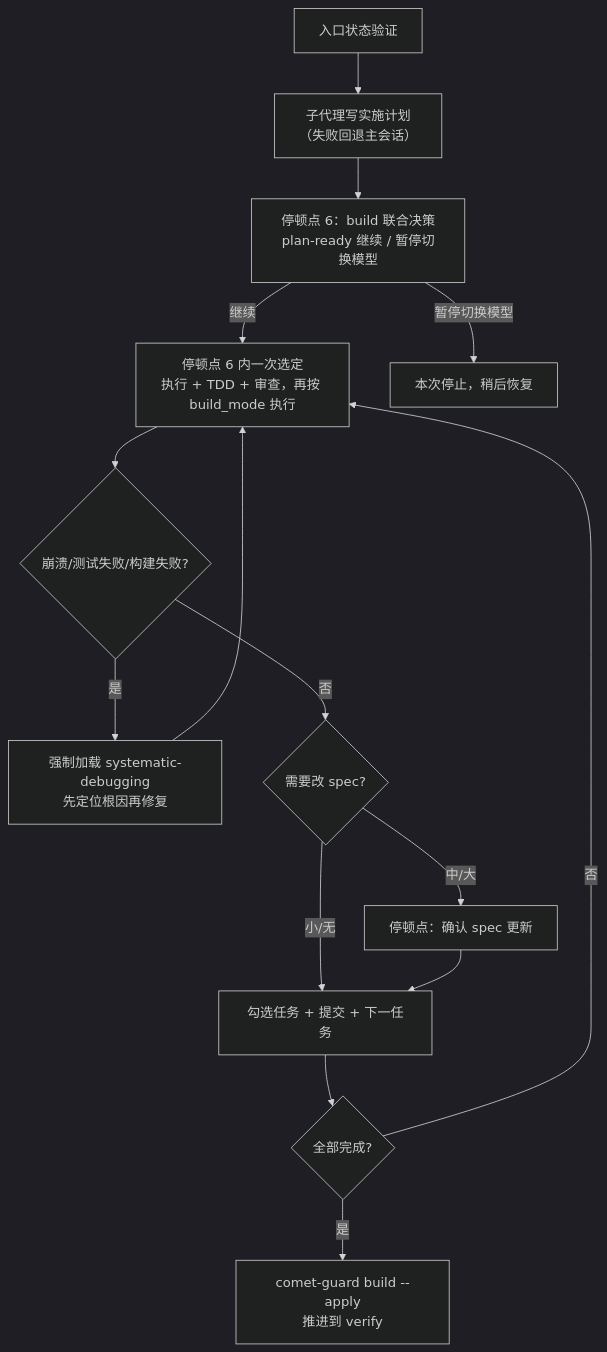
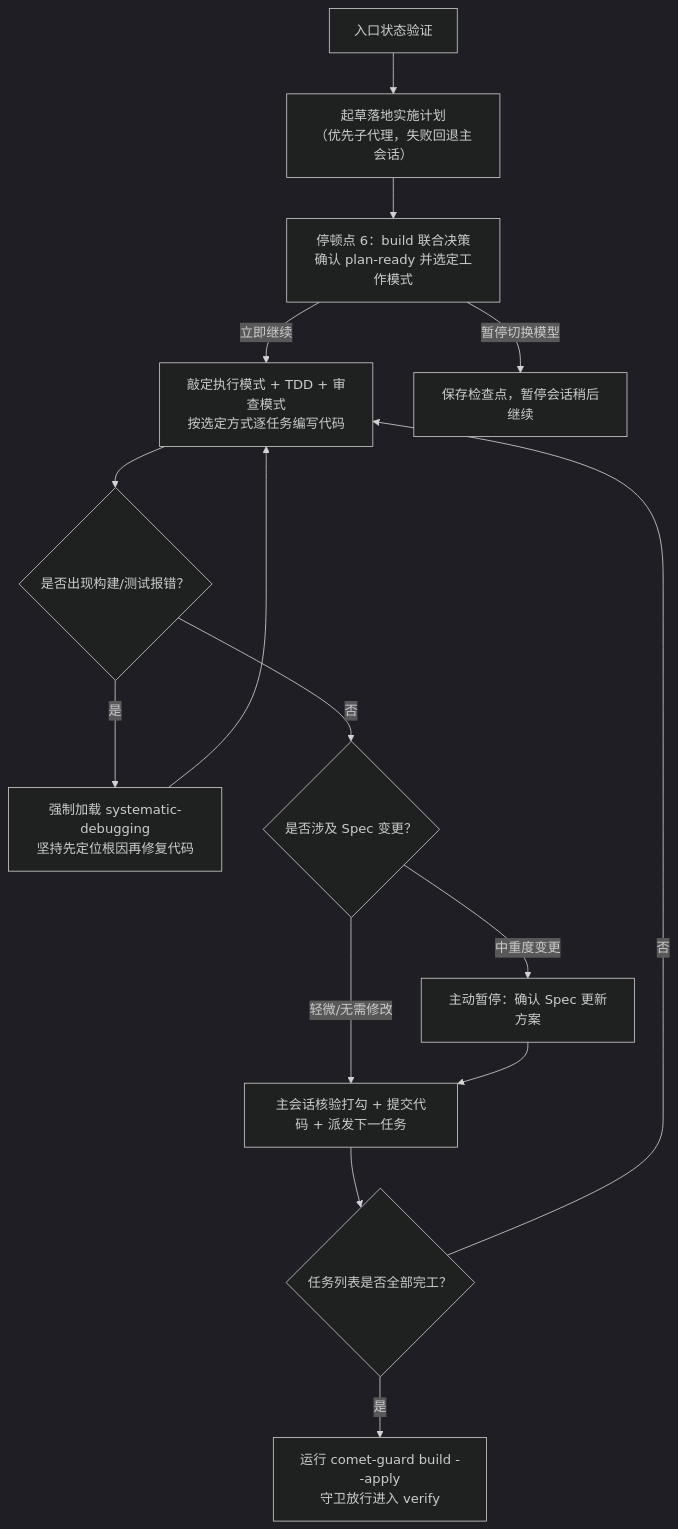
The diagram in zh/phases/build.mdx (rpamis/comet-website-docs), drawn with Mermaid (dark theme) before and after one commit. The commit also changed other lines of this file and 76 other files, not shown here.

````diff
--- a/zh/phases/build.mdx
+++ b/zh/phases/build.mdx
@@ -38,17 +32,17 @@
 ```mermaid
 flowchart TD
-    Entry["入口状态验证"] --> S1["子代理写实施计划<br/>（失败回退主会话）"]
-    S1 --> Stop2["停顿点 6：build 联合决策<br/>plan-ready 继续 / 暂停切换模型"]
-    Stop2 -->|继续| Exec["停顿点 6 内一次选定<br/>执行 + TDD + 审查，再按 build_mode 执行"]
-    Stop2 -->|暂停切换模型| PauseDone["本次停止，稍后恢复"]
-    Exec --> Debug{"崩溃/测试失败/构建失败?"}
-    Debug -->|是| DebugGate["强制加载 systematic-debugging<br/>先定位根因再修复"]
+    Entry["入口状态验证"] --> S1["起草落地实施计划<br/>（优先子代理，失败回退主会话）"]
+    S1 --> Stop2["停顿点 6：build 联合决策<br/>确认 plan-ready 并选定工作模式"]
+    Stop2 -->|立即继续| Exec["敲定执行模式 + TDD + 审查模式<br/>按选定方式逐任务编写代码"]
+    Stop2 -->|暂停切换模型| PauseDone["保存检查点，暂停会话稍后继续"]
+    Exec --> Debug{"是否出现构建/测试报错？"}
+    Debug -->|是| DebugGate["强制加载 systematic-debugging<br/>坚持先定位根因再修复代码"]
     DebugGate --> Exec
-    Debug -->|否| SpecUpd{"需要改 spec?"}
-    SpecUpd -->|中/大| SpecPause["停顿点：确认 spec 更新"]
-    SpecUpd -->|小/无| TaskLoop["勾选任务 + 提交 + 下一任务"]
+    Debug -->|否| SpecUpd{"是否涉及 Spec 变更？"}
+    SpecUpd -->|中重度变更| SpecPause["主动暂停：确认 Spec 更新方案"]
+    SpecUpd -->|轻微/无需修改| TaskLoop["主会话核验打勾 + 提交代码 + 派发下一任务"]
     SpecPause --> TaskLoop
-    TaskLoop --> Done{"全部完成?"}
+    TaskLoop --> Done{"任务列表是否全部完工？"}
     Done -->|否| Exec
-    Done -->|是| Exit["comet-guard build --apply<br/>推进到 verify"]
+    Done -->|是| Exit["运行 comet-guard build --apply<br/>守卫放行进入 verify"]
 ```
````
